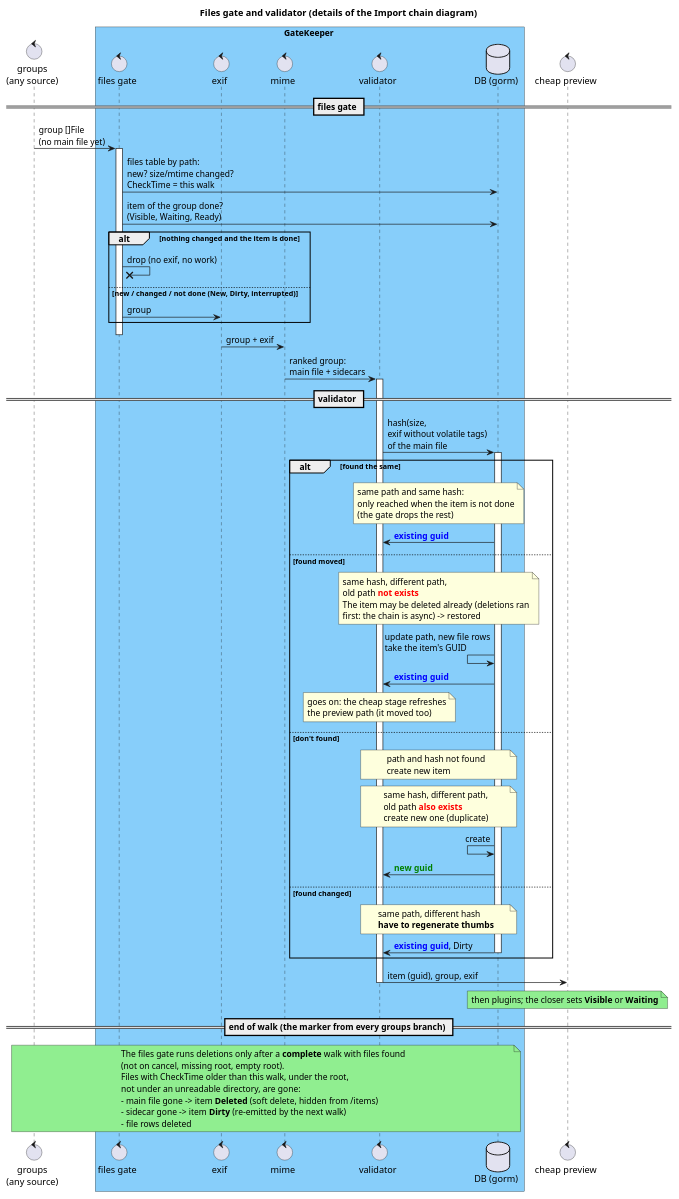
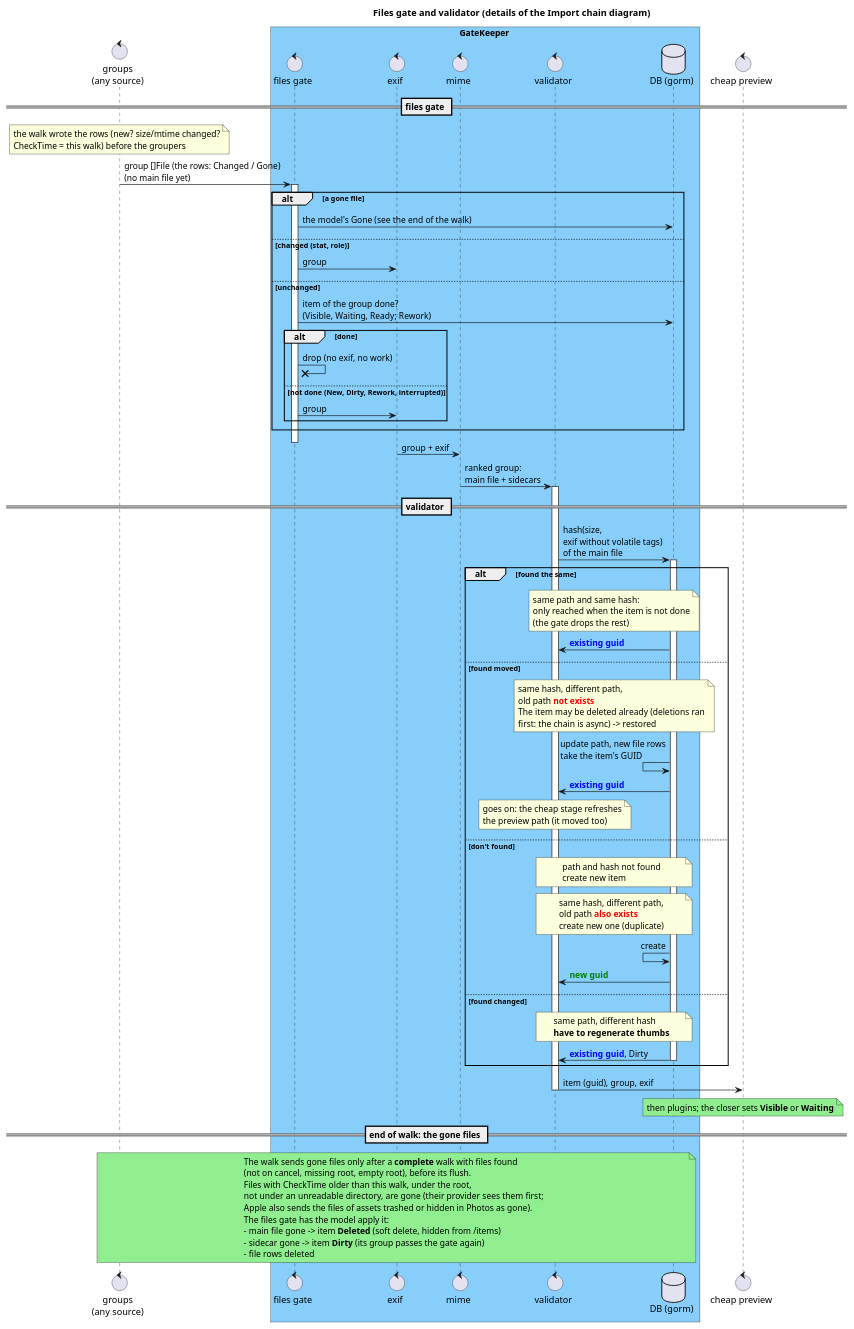
Before and after one commit to eggs-gd/Perceptrail: the diagram in _sb/puml/Walker.puml, drawn with PlantUML. The commit also changed 42 other files, not shown here.

First line of the commit message:
The walk writes the rows and sends the gone ones; Refresh is a mark

```diff
--- a/_sb/puml/Walker.puml
+++ b/_sb/puml/Walker.puml
@@ -1,96 +1,104 @@
 @startuml Walker and validating
 
 !pragma teoz true
 
 title Files gate and validator (details of the Import chain diagram)
 
 control "groups\n(any source)" as Groups
 box GateKeeper #LightSkyBlue
 control "files gate" as Gate
 control "exif" as Exif
 control "mime" as Mime
 control "validator" as Validator
 database "DB (gorm)" as DB
 end box
 control "cheap preview" as Transcode
 
 == files gate ==
 
-Groups -> Gate: group []File\n(no main file yet)
+note over Groups: the walk wrote the rows (new? size/mtime changed?\nCheckTime = this walk) before the groupers
+Groups -> Gate: group []File (the rows: Changed / Gone)\n(no main file yet)
 activate Gate
-Gate -> DB: files table by path:\nnew? size/mtime changed?\nCheckTime = this walk
-Gate -> DB: item of the group done?\n(Visible, Waiting, Ready)
-alt nothing changed and the item is done
-    Gate ->x Gate: drop (no exif, no work)
-else new / changed / not done (New, Dirty, interrupted)
+alt a gone file
+    Gate -> DB: the model's Gone (see the end of the walk)
+else changed (stat, role)
     Gate -> Exif: group
+else unchanged
+    Gate -> DB: item of the group done?\n(Visible, Waiting, Ready; Rework)
+    alt done
+        Gate ->x Gate: drop (no exif, no work)
+    else not done (New, Dirty, Rework, interrupted)
+        Gate -> Exif: group
+    end
 end
 deactivate Gate
 
 Exif -> Mime: group + exif
 Mime -> Validator: ranked group:\nmain file + sidecars
 activate Validator
 
 == validator ==
 
 Validator -> DB: hash(size,\nexif without volatile tags)\nof the main file
 activate DB
 
 alt found the same
     note over Validator, DB
     same path and same hash:
     only reached when the item is not done
     (the gate drops the rest)
     end note
     DB -> Validator: <font color=blue><b>existing guid
 
 else found moved
     note over Validator, DB
     same hash, different path,
     old path <b><font color=red>not exists
     The item may be deleted already (deletions ran
     first: the chain is async) -> restored
     end note
     DB <- DB: update path, new file rows\ntake the item's GUID
     DB -> Validator: <font color=blue><b>existing guid
     note over Validator: goes on: the cheap stage refreshes\nthe preview path (it moved too)
 
 else don't found
     note over Validator, DB
     path and hash not found
     create new item
     end note
     note over Validator, DB
     same hash, different path,
     old path <b><font color=red>also exists
     create new one (duplicate)
     end note
     DB <- DB: create
     DB -> Validator: <font color=green><b>new guid
 
 else found changed
     note over Validator, DB
     same path, different hash
     <b>have to regenerate thumbs
     end note
     DB -> Validator: <font color=blue><b>existing guid</b></font>, Dirty
     deactivate DB
 end
 
 Validator -> Transcode: item (guid), group, exif
 deactivate Validator
 note over Transcode #LightGreen: then plugins; the closer sets <b>Visible</b> or <b>Waiting</b>
 
-== end of walk (the marker from every groups branch) ==
+== end of walk: the gone files ==
 
 note over Groups, DB #LightGreen
-The files gate runs deletions only after a <b>complete</b> walk with files found
-(not on cancel, missing root, empty root).
+The walk sends gone files only after a <b>complete</b> walk with files found
+(not on cancel, missing root, empty root), before its flush.
 Files with CheckTime older than this walk, under the root,
-not under an unreadable directory, are gone:
+not under an unreadable directory, are gone (their provider sees them first;
+Apple also sends the files of assets trashed or hidden in Photos as gone).
+The files gate has the model apply it:
 - main file gone -> item <b>Deleted</b> (soft delete, hidden from /items)
-- sidecar gone -> item <b>Dirty</b> (re-emitted by the next walk)
+- sidecar gone -> item <b>Dirty</b> (its group passes the gate again)
 - file rows deleted
 end note
 
 @enduml
```
